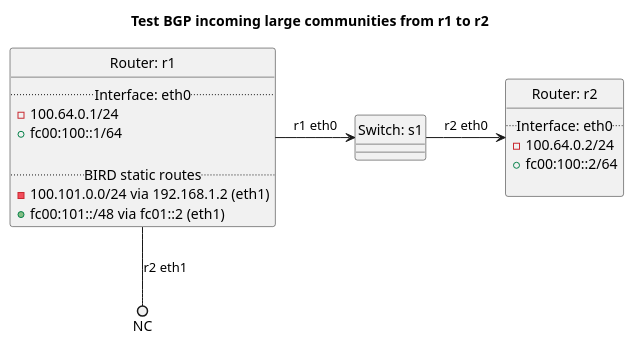
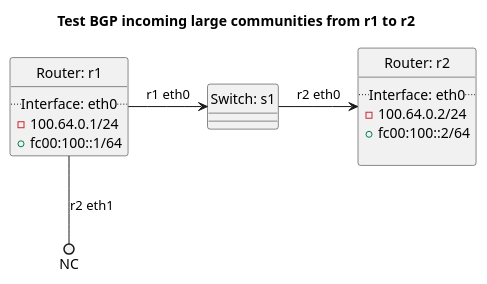
The diagram in tests/t40_bgp/t54_incoming_large_communities/README.md (oscdev-io/birdplan), drawn with PlantUML before and after one commit. The commit also changed other lines of this file and 1499 other files, not shown here.

````diff
--- a/tests/t40_bgp/t54_incoming_large_communities/README.md
+++ b/tests/t40_bgp/t54_incoming_large_communities/README.md
@@ -11,34 +8,30 @@
 ```plantuml
 @startuml
 hide circle
 title Test BGP incoming large communities from r1 to r2
 
 
 class "Router: r1" {
   .. Interface: eth0 ..
 - 100.64.0.1/24
 + fc00:100::1/64
-
-  .. BIRD static routes ..
-- 100.101.0.0/24 via 192.168.1.2 (eth1)
-+ fc00:101::/48 via fc01::2 (eth1)
 }
 
 
 class "Router: r2" {
   .. Interface: eth0 ..
 - 100.64.0.2/24
 + fc00:100::2/64
 
 }
 
 
 class "Switch: s1" {}
 
 
 "Router: r1" -> "Switch: s1": r1 eth0
 "Switch: s1" -> "Router: r2": r2 eth0
 "Router: r1" --() NC: r2 eth1
 
 @enduml
 ```
````
